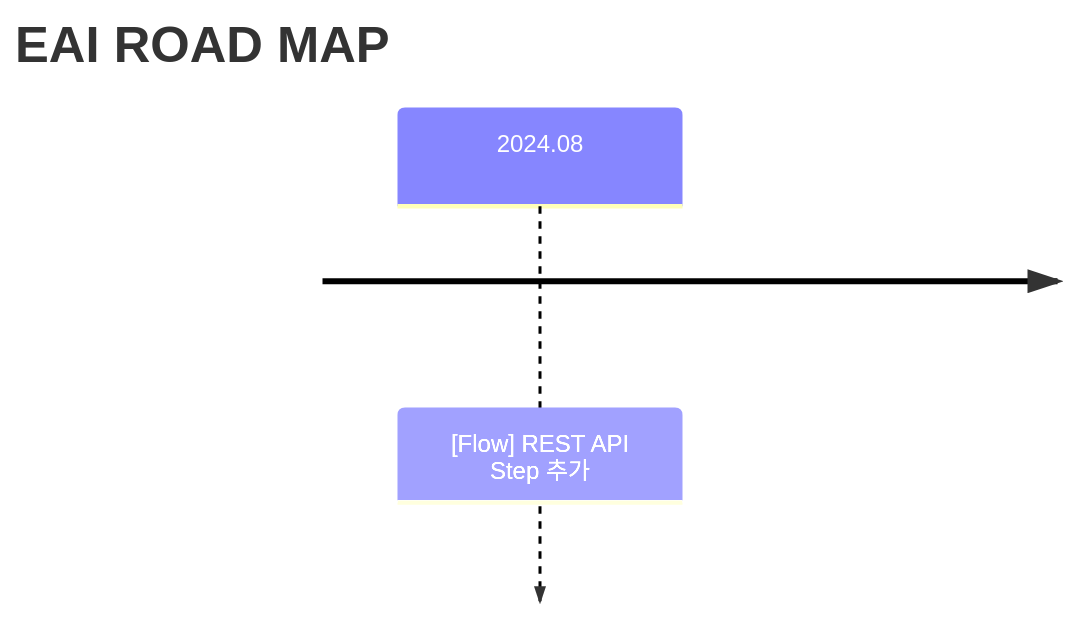
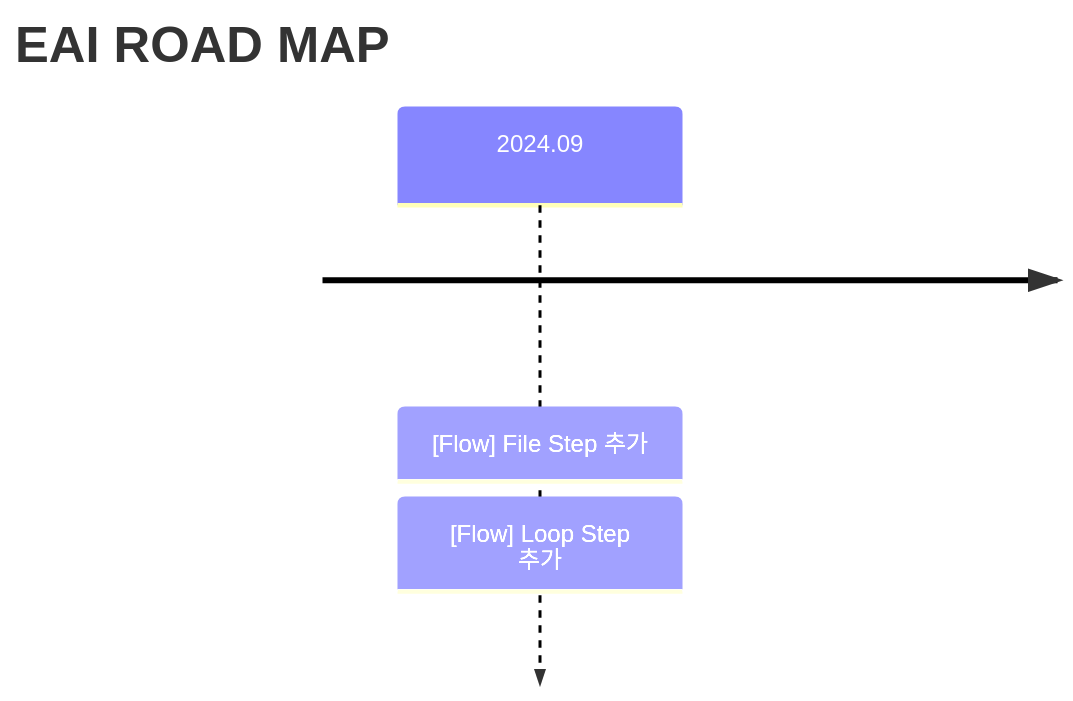
The diagram in docs/eai/roadmap.md (bsgp/docs), drawn with Mermaid before and after one commit. The commit also changed 5 other files, not shown here.

Commit message:
docs: release note & roadmap update

````diff
--- a/docs/eai/roadmap.md
+++ b/docs/eai/roadmap.md
@@ -1,5 +1,5 @@
 ```mermaid
 timeline
   title EAI ROAD MAP
-  2024.08: [Flow] REST API Step 추가
+  2024.09: [Flow] File Step 추가 : [Flow] Loop Step 추가
 ```
````
